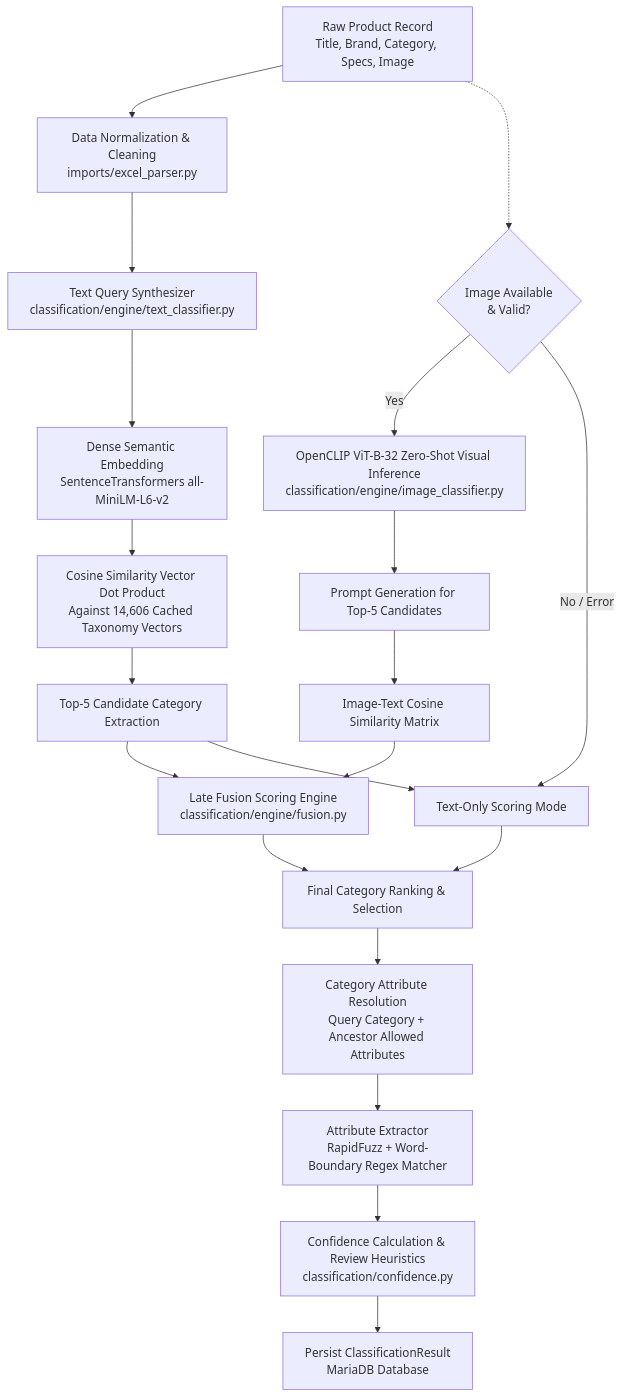
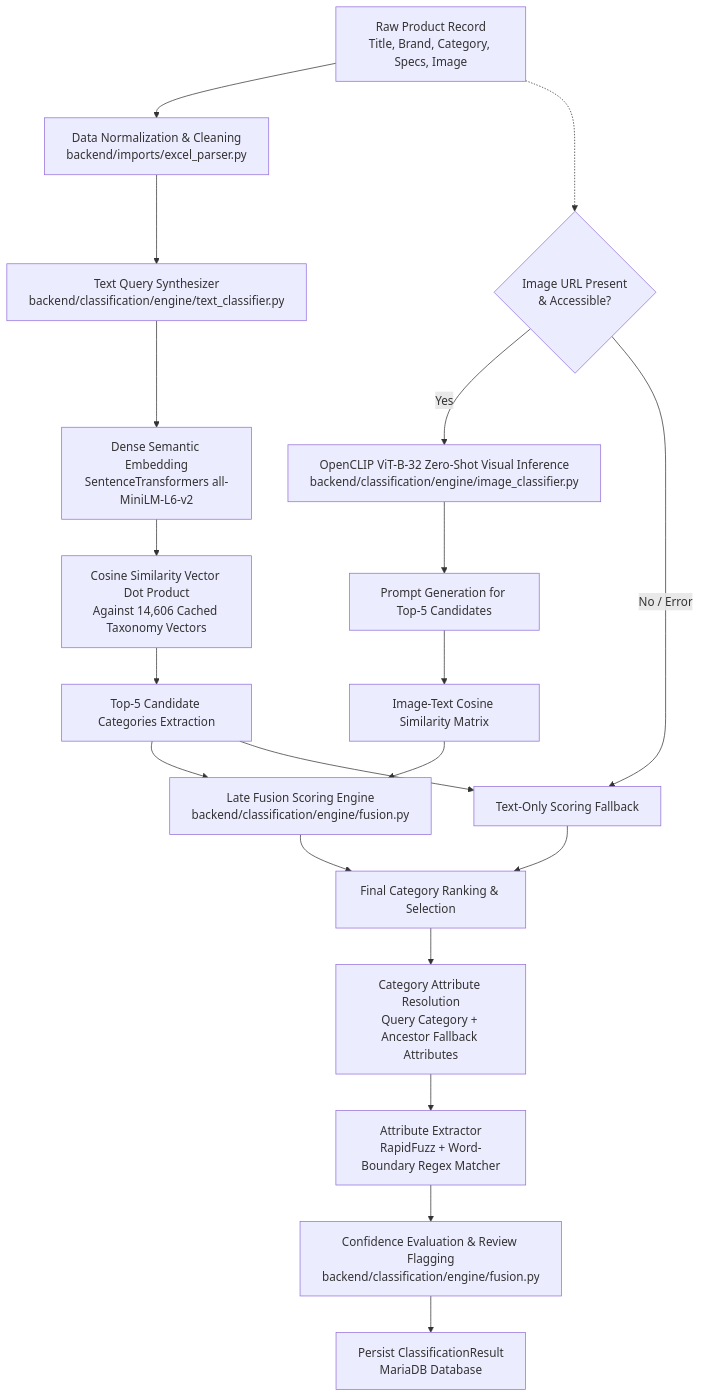
The first of 6 diagrams in QUESTIONS.md (akheedha/product_taxonomy_classifier), drawn with Mermaid before and after one commit. The commit also changed other lines of this file, not shown here.

````diff
--- a/QUESTIONS.md
+++ b/QUESTIONS.md
@@ -41,25 +45,25 @@
 ```mermaid
 flowchart TD
-    A[Raw Product Record\nTitle, Brand, Category, Specs, Image] --> B[Data Normalization & Cleaning\nimports/excel_parser.py]
-    B --> C[Text Query Synthesizer\nclassification/engine/text_classifier.py]
+    A[Raw Product Record\nTitle, Brand, Category, Specs, Image] --> B[Data Normalization & Cleaning\nbackend/imports/excel_parser.py]
+    B --> C[Text Query Synthesizer\nbackend/classification/engine/text_classifier.py]
     C --> D[Dense Semantic Embedding\nSentenceTransformers all-MiniLM-L6-v2]
     D --> E[Cosine Similarity Vector Dot Product\nAgainst 14,606 Cached Taxonomy Vectors]
-    E --> F[Top-5 Candidate Category Extraction]
+    E --> F[Top-5 Candidate Categories Extraction]
     
-    A -.-> G{Image Available\n& Valid?}
-    G -- Yes --> H[OpenCLIP ViT-B-32 Zero-Shot Visual Inference\nclassification/engine/image_classifier.py]
+    A -.-> G{Image URL Present\n& Accessible?}
+    G -- Yes --> H[OpenCLIP ViT-B-32 Zero-Shot Visual Inference\nbackend/classification/engine/image_classifier.py]
     H --> I[Prompt Generation for Top-5 Candidates]
     I --> J[Image-Text Cosine Similarity Matrix]
-    J --> K[Late Fusion Scoring Engine\nclassification/engine/fusion.py]
-    G -- No / Error --> L[Text-Only Scoring Mode]
+    J --> K[Late Fusion Scoring Engine\nbackend/classification/engine/fusion.py]
+    G -- No / Error --> L[Text-Only Scoring Fallback]
     F --> K
     F --> L
     
     K --> M[Final Category Ranking & Selection]
     L --> M
     
-    M --> N[Category Attribute Resolution\nQuery Category + Ancestor Allowed Attributes]
+    M --> N[Category Attribute Resolution\nQuery Category + Ancestor Fallback Attributes]
     N --> O[Attribute Extractor\nRapidFuzz + Word-Boundary Regex Matcher]
-    O --> P[Confidence Calculation & Review Heuristics\nclassification/confidence.py]
+    O --> P[Confidence Evaluation & Review Flagging\nbackend/classification/engine/fusion.py]
     P --> Q[Persist ClassificationResult\nMariaDB Database]
 ```
````
